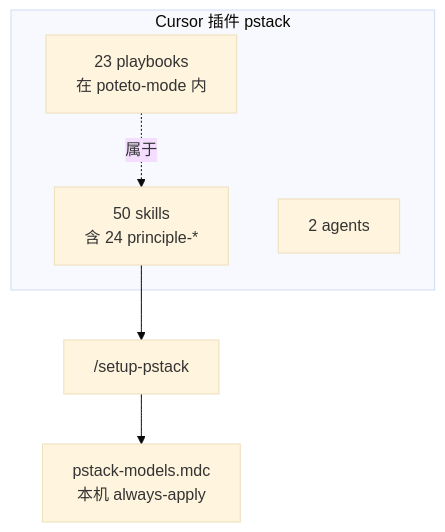
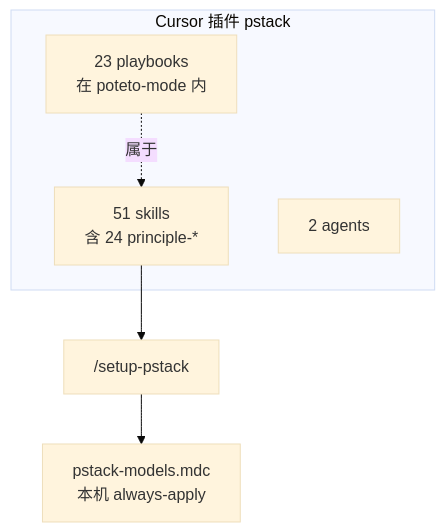
The first of 3 diagrams in tutorials/anatomy.md (fenfenxu/pstack-zh), drawn with Mermaid (base theme) before and after one commit. The commit also changed other lines of this file and 6 other files, not shown here.

````diff
--- a/tutorials/anatomy.md
+++ b/tutorials/anatomy.md
@@ -28,11 +28,11 @@
 ```mermaid
 flowchart TB
   subgraph plugin["Cursor 插件 pstack"]
-    S["50 skills<br/>含 24 principle-*"]
+    S["51 skills<br/>含 24 principle-*"]
     A["2 agents"]
     PB["23 playbooks<br/>在 poteto-mode 内"]
   end
   SETUP["/setup-pstack"] --> R["pstack-models.mdc<br/>本机 always-apply"]
   S --> SETUP
   PB -.->|"属于"| S
 ```
````
